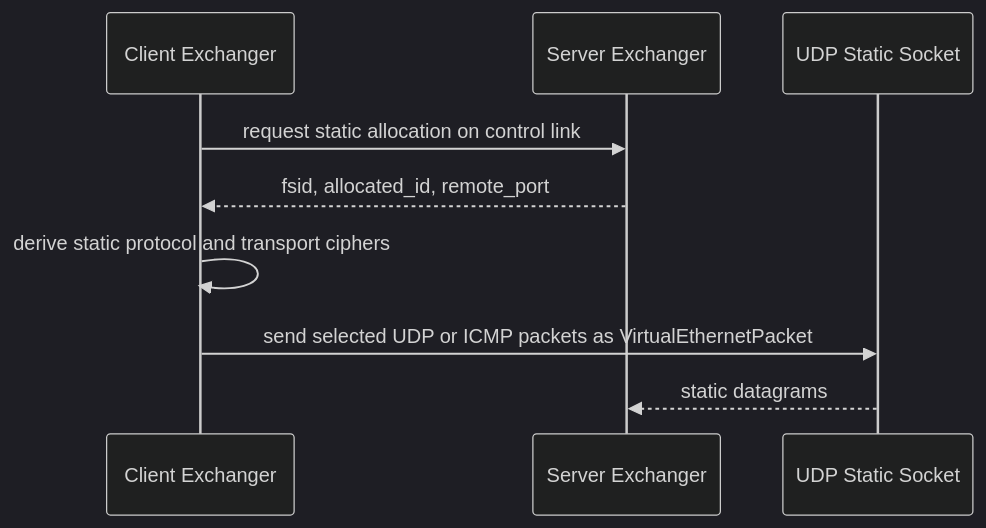
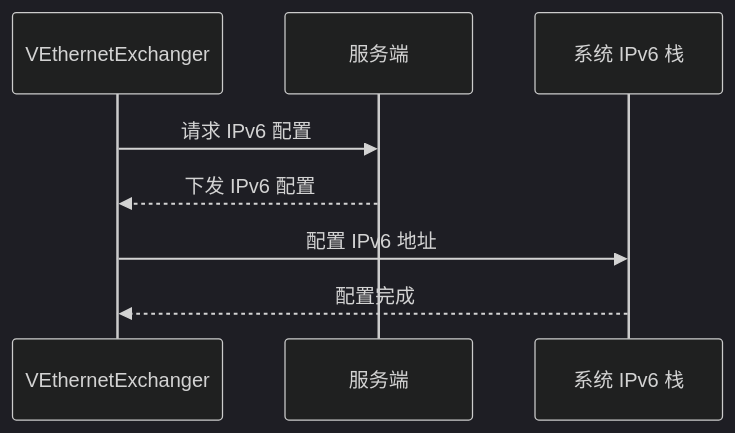
Before and after one commit to HyacinthHaru/openppp2: the ninth of 12 diagrams in docs/CLIENT_ARCHITECTURE_CN.md, drawn with Mermaid (dark theme). The commit also changed other lines of this file and 31 other files, not shown here.

````diff
--- a/docs/CLIENT_ARCHITECTURE_CN.md
+++ b/docs/CLIENT_ARCHITECTURE_CN.md
@@ -336,11 +348,11 @@
 ```mermaid
 sequenceDiagram
-    participant C as Client Exchanger
-    participant S as Server Exchanger
-    participant U as UDP Static Socket
-    C->>S: request static allocation on control link
-    S-->>C: fsid, allocated_id, remote_port
-    C->>C: derive static protocol and transport ciphers
-    C->>U: send selected UDP or ICMP packets as VirtualEthernetPacket
-    U-->>S: static datagrams
+    participant E as VEthernetExchanger
+    participant S as 服务端
+    participant A as 系统 IPv6 栈
+    
+    E->>S: 请求 IPv6 配置
+    S-->>E: 下发 IPv6 配置
+    E->>A: 配置 IPv6 地址
+    A-->>E: 配置完成
 ```
````
